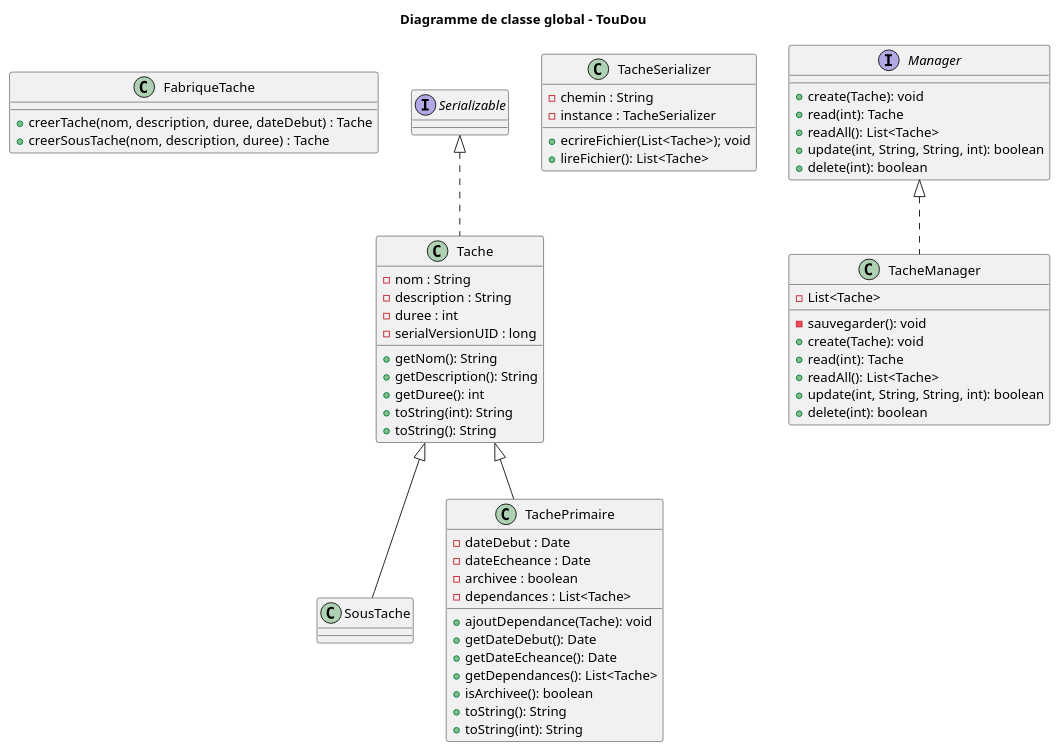
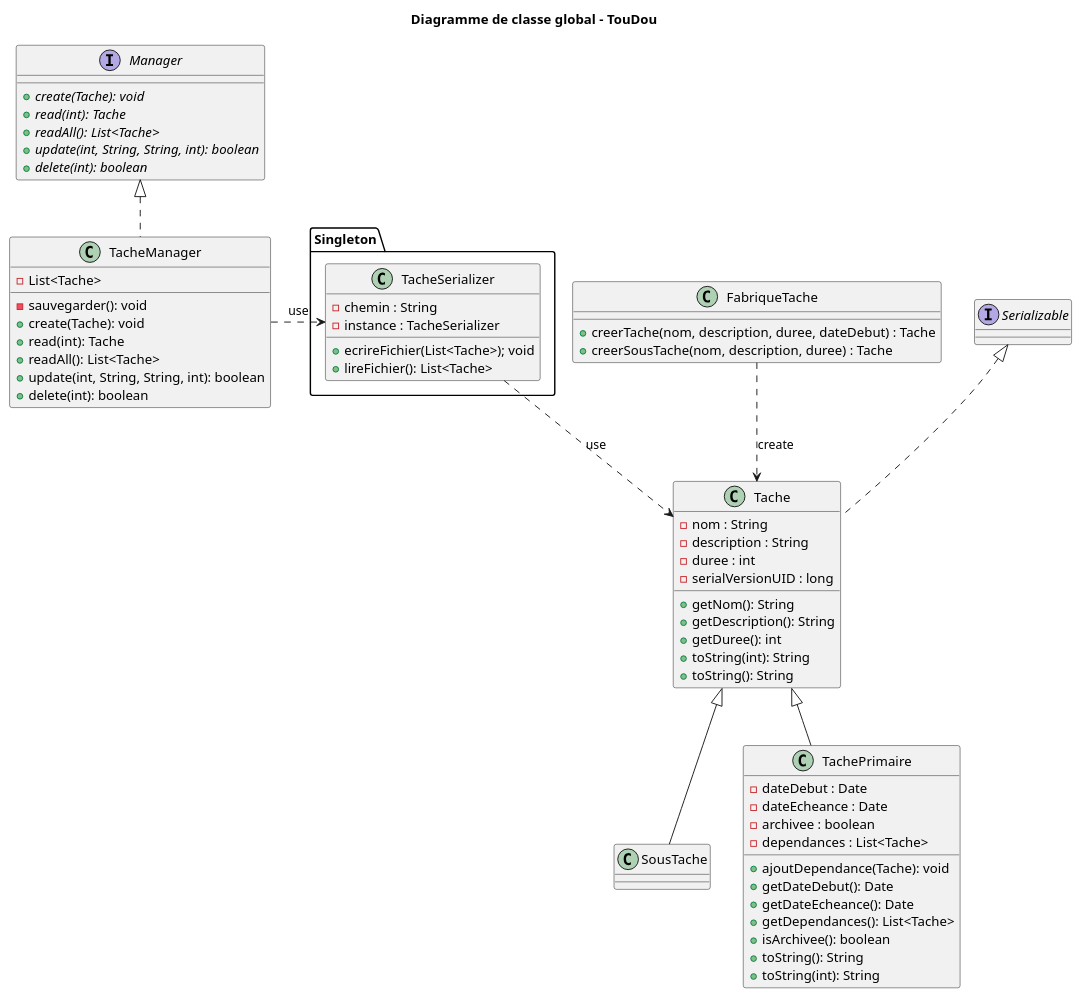
One commit to IanisPocachard/TouDou changed the diagram in src/uml/DiagClass.puml. Above: the diagram before and after it, drawn with PlantUML.

Commit message:
Modifs diagramme classe

```diff
--- a/src/uml/DiagClass.puml
+++ b/src/uml/DiagClass.puml
@@ -1,68 +1,74 @@
 @startuml
 
 title Diagramme de classe global - TouDou
 
     class FabriqueTache {
         + creerTache(nom, description, duree, dateDebut) : Tache
         + creerSousTache(nom, description, duree) : Tache
     }
 
     class Tache implements Serializable{
         - nom : String
         - description : String
         - duree : int
         - serialVersionUID : long
 
         + getNom(): String
         + getDescription(): String
         + getDuree(): int
         + toString(int): String
         + toString(): String
     }
 
     class SousTache extends Tache{
     }
 
     class TachePrimaire extends Tache{
         - dateDebut : Date
         - dateEcheance : Date
         - archivee : boolean
         - dependances : List<Tache>
 
         + ajoutDependance(Tache): void
         + getDateDebut(): Date
         + getDateEcheance(): Date
         + getDependances(): List<Tache>
         + isArchivee(): boolean
         + toString(): String
         + toString(int): String
     }
 
-    class TacheSerializer{
-        - chemin : String
-        - instance : TacheSerializer
+    package Singleton {
+        class TacheSerializer{
+            - chemin : String
+            - instance : TacheSerializer
 
-        + ecrireFichier(List<Tache>); void
-        + lireFichier(): List<Tache>
+            + ecrireFichier(List<Tache>); void
+            + lireFichier(): List<Tache>
+        }
     }
 
     interface Manager{
-        + create(Tache): void
-        + read(int): Tache
-        + readAll(): List<Tache>
-        + update(int, String, String, int): boolean
-        + delete(int): boolean
+        + {abstract} create(Tache): void
+        + {abstract} read(int): Tache
+        + {abstract} readAll(): List<Tache>
+        + {abstract} update(int, String, String, int): boolean
+        + {abstract} delete(int): boolean
     }
 
     class TacheManager implements Manager{
         - List<Tache>
         - sauvegarder(): void
         + create(Tache): void
         + read(int): Tache
         + readAll(): List<Tache>
         + update(int, String, String, int): boolean
         + delete(int): boolean
     }
 
+    FabriqueTache ..> Tache : create
+    TacheSerializer ..> Tache : use
+    TacheManager .> TacheSerializer : use
+
 
 @enduml
```
